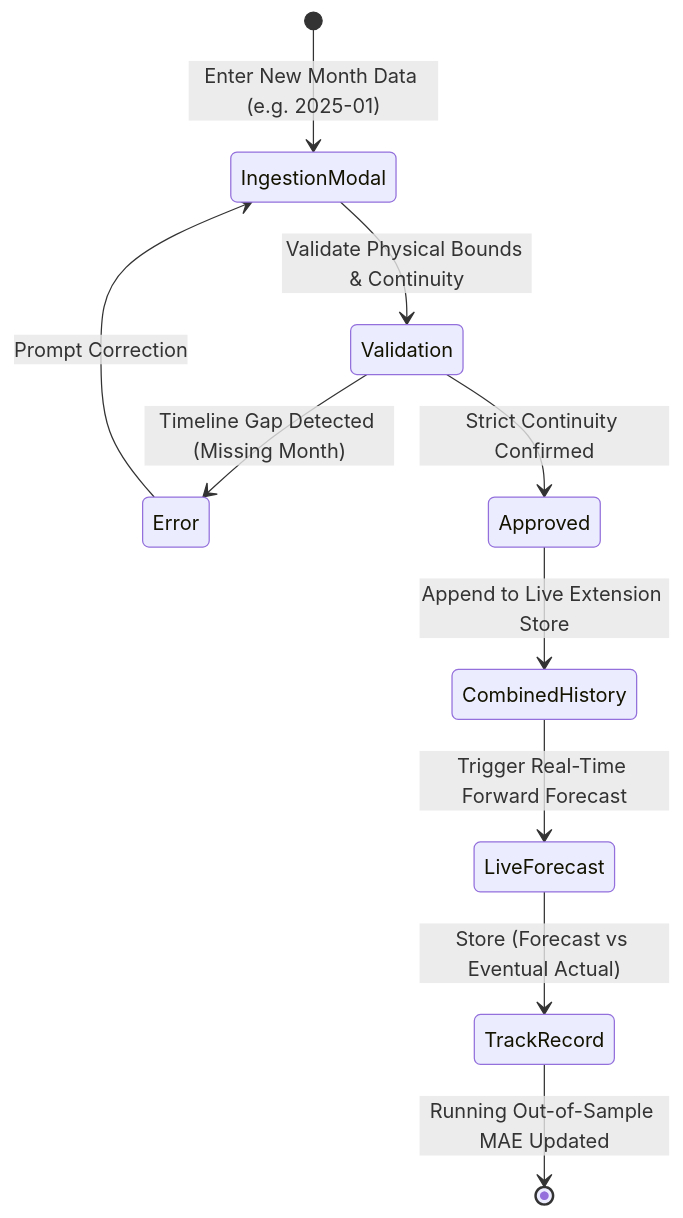
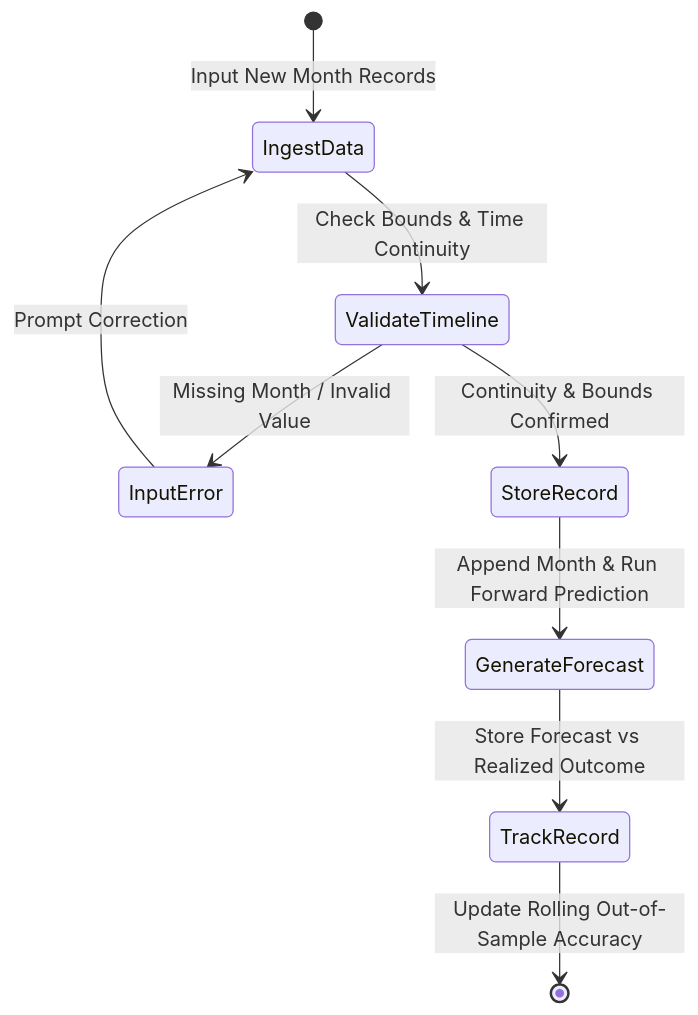
Before and after one commit to YasasLakmina/backdate-commit-test: the fourth of 6 diagrams in README.md, drawn with Mermaid. The commit also changed other lines of this file, not shown here.

First line of the commit message:
Refine documentation with clear generic setup commands and simplified architecture diagrams

````diff
--- a/README.md
+++ b/README.md
@@ -345,12 +328,11 @@
 ```mermaid
 stateDiagram-v2
-    [*] --> IngestionModal: Enter New Month Data (e.g. 2025-01)
-    IngestionModal --> Validation: Validate Physical Bounds & Continuity
-    Validation --> Error: Timeline Gap Detected (Missing Month)
-    Error --> IngestionModal: Prompt Correction
-    Validation --> Approved: Strict Continuity Confirmed
-    Approved --> CombinedHistory: Append to Live Extension Store
-    CombinedHistory --> LiveForecast: Trigger Real-Time Forward Forecast
-    LiveForecast --> TrackRecord: Store (Forecast vs Eventual Actual)
-    TrackRecord --> [*]: Running Out-of-Sample MAE Updated
+    [*] --> IngestData: Input New Month Records
+    IngestData --> ValidateTimeline: Check Bounds & Time Continuity
+    ValidateTimeline --> InputError: Missing Month / Invalid Value
+    InputError --> IngestData: Prompt Correction
+    ValidateTimeline --> StoreRecord: Continuity & Bounds Confirmed
+    StoreRecord --> GenerateForecast: Append Month & Run Forward Prediction
+    GenerateForecast --> TrackRecord: Store Forecast vs Realized Outcome
+    TrackRecord --> [*]: Update Rolling Out-of-Sample Accuracy
 ```
````
